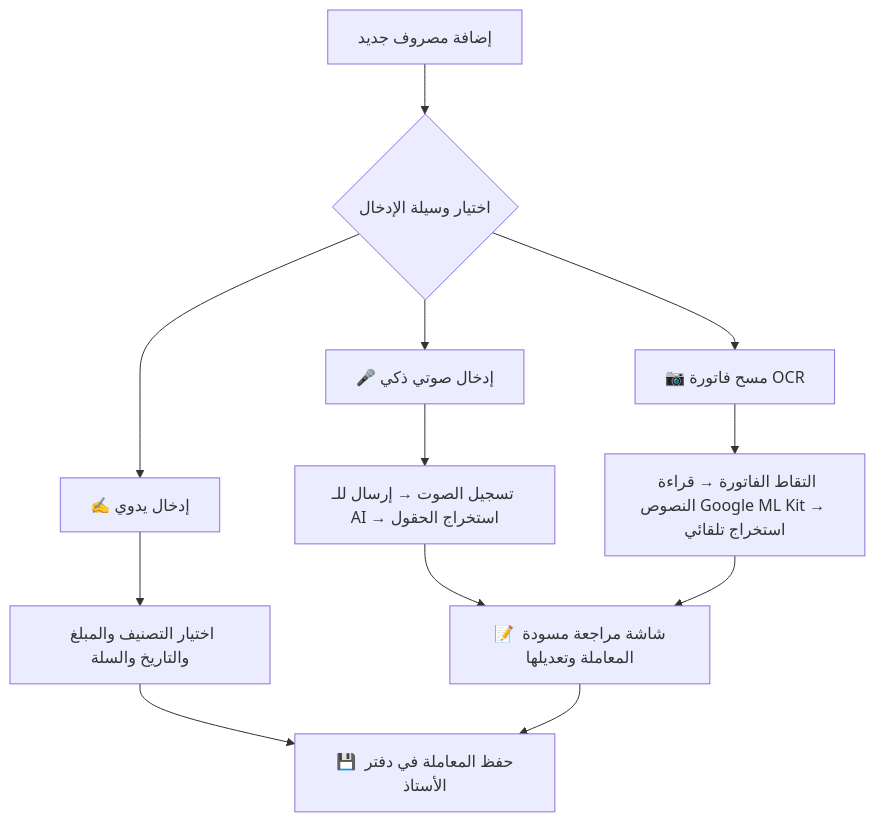
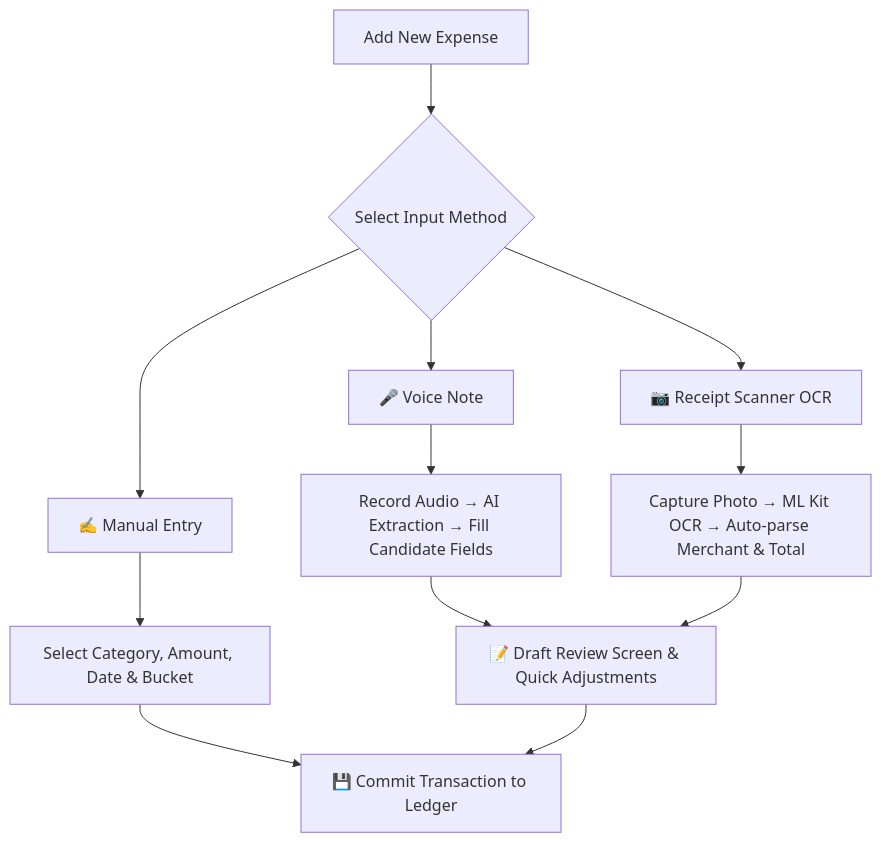
Before and after one commit to mohammadbzoor/AlphaAPP: the third of 8 diagrams in README.md, drawn with Mermaid. The commit also changed other lines of this file, not shown here.

````diff
--- a/README.md
+++ b/README.md
@@ -144,14 +155,14 @@
 ```mermaid
 flowchart TD
-    A[إضافة مصروف جديد] --> B{اختيار وسيلة الإدخال}
-    B --> C[✍️ إدخال يدوي]
-    B --> D[🎤 إدخال صوتي ذكي]
-    B --> E[📷 مسح فاتورة OCR]
-    C --> F[اختيار التصنيف والمبلغ والتاريخ والسلة]
-    D --> G[تسجيل الصوت → إرسال للـ AI → استخراج الحقول]
-    E --> H[التقاط الفاتورة → قراءة النصوص Google ML Kit → استخراج تلقائي]
-    F --> I[💾 حفظ المعاملة في دفتر الأستاذ]
-    G --> J[📝 شاشة مراجعة مسودة المعاملة وتعديلها]
+    A[Add New Expense] --> B{Select Input Method}
+    B --> C[✍️ Manual Entry]
+    B --> D[🎤 Voice Note]
+    B --> E[📷 Receipt Scanner OCR]
+    C --> F[Select Category, Amount, Date & Bucket]
+    D --> G[Record Audio → AI Extraction → Fill Candidate Fields]
+    E --> H[Capture Photo → ML Kit OCR → Auto-parse Merchant & Total]
+    F --> I[💾 Commit Transaction to Ledger]
+    G --> J[📝 Draft Review Screen & Quick Adjustments]
     H --> J
     J --> I
 ```
````
